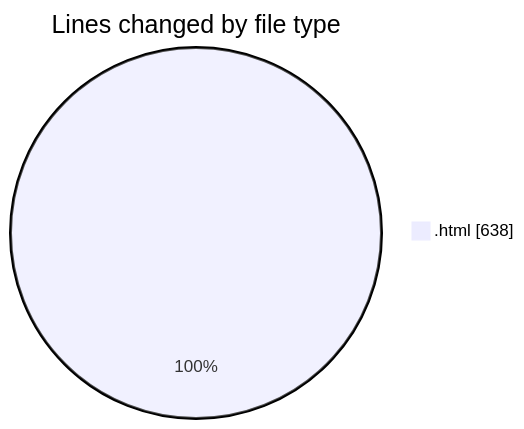
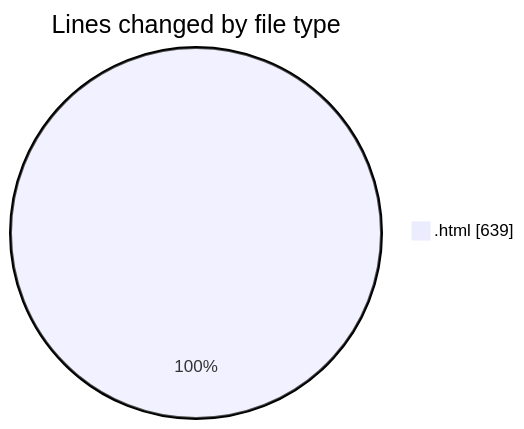
One commit to shibass792/code-tracking changed the first of 2 diagrams in 2026-07-12/untitled__workspace_/README.md. Above: the diagram before and after it, drawn with Mermaid. The commit also changed other lines of this file and 1 other file, not shown here.

````diff
--- a/2026-07-12/untitled__workspace_/README.md
+++ b/2026-07-12/untitled__workspace_/README.md
@@ -20,5 +20,5 @@
 ```mermaid
 pie showData
 title Lines changed by file type
-".html" : 638
+".html" : 639
 ```
````
